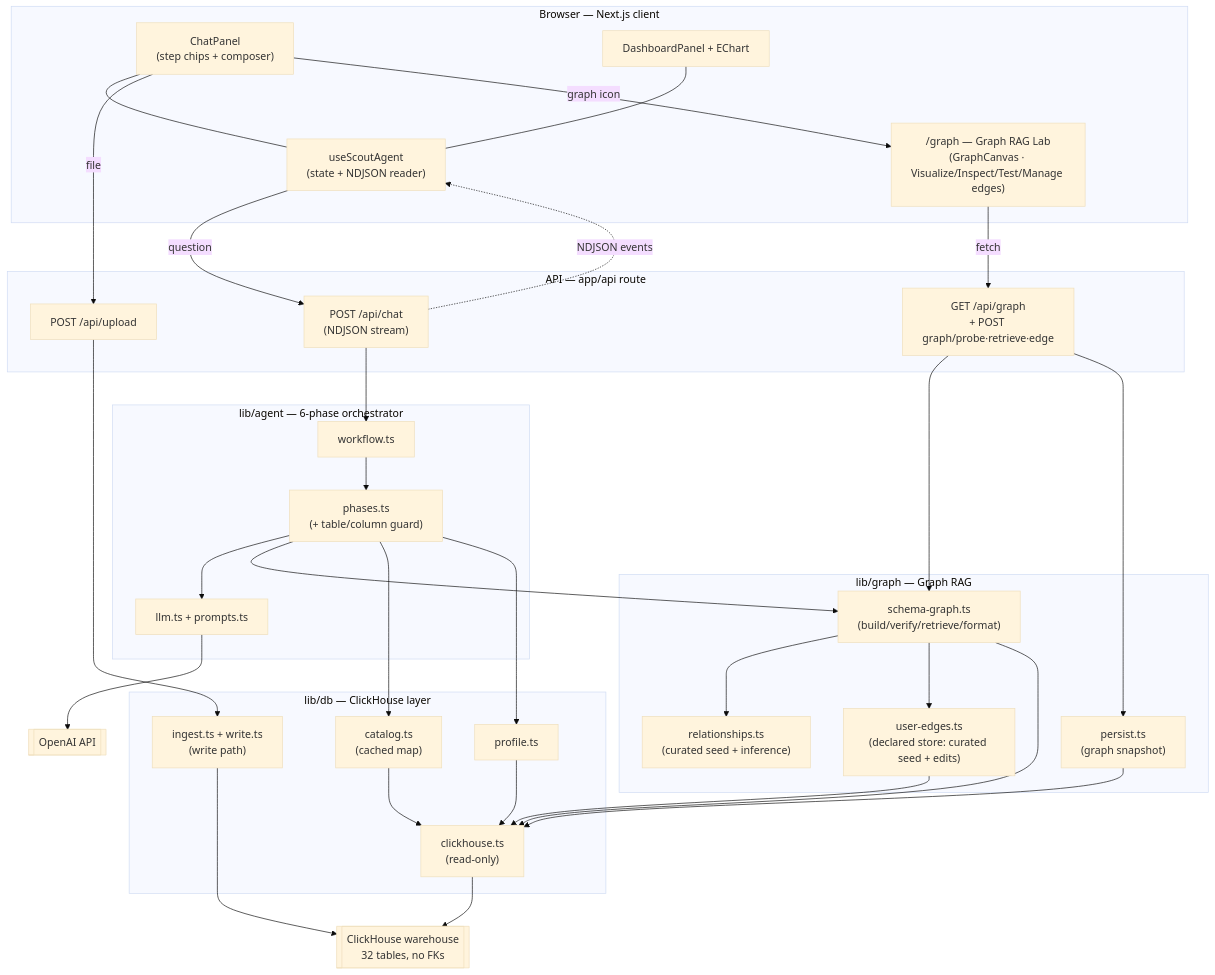
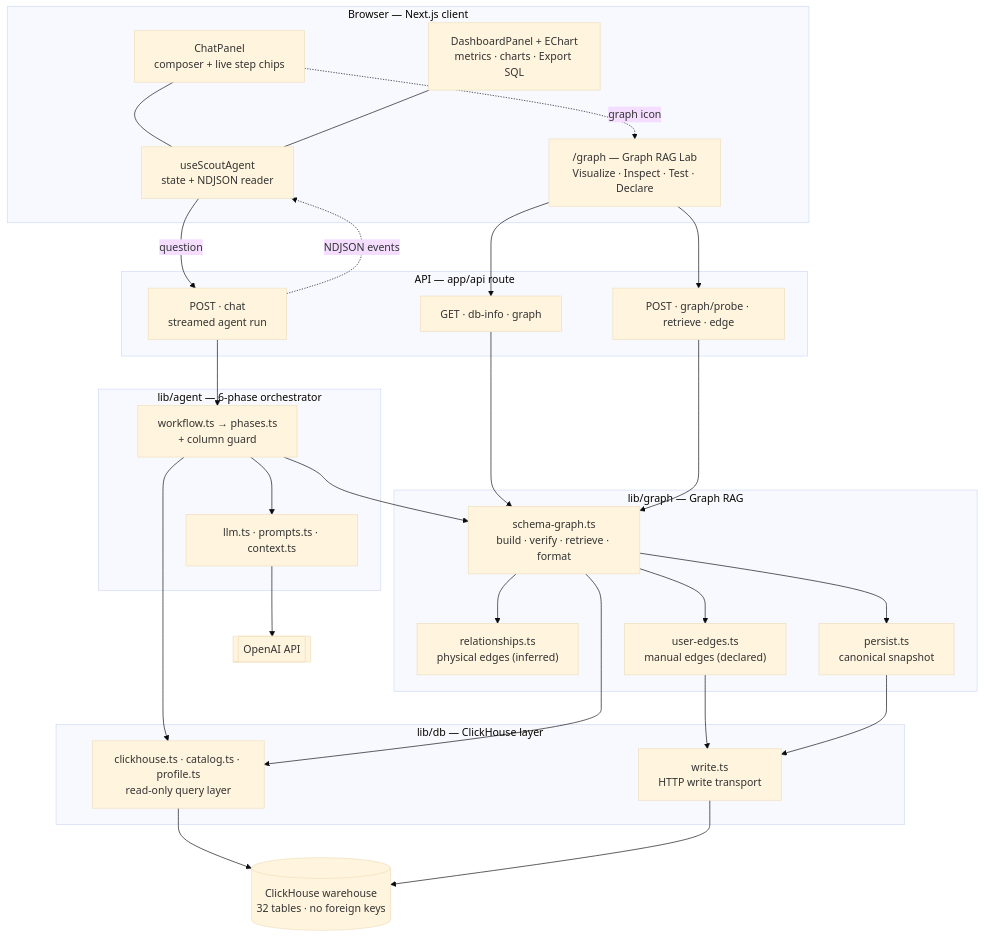
Before and after one commit to Arav-Arun/Scout: the first of 3 diagrams in README.md, drawn with Mermaid (base theme). The commit also changed other lines of this file and 21 other files, not shown here.

Commit message:
add persistence, only rebuild on edits or removals of relations. Remove the upload option

````diff
--- a/README.md
+++ b/README.md
@@ -25,59 +51,58 @@
 ```mermaid
 flowchart TB
   subgraph UI["Browser — Next.js client"]
-    HOOK["useScoutAgent<br/>(state + NDJSON reader)"]
-    CHAT["ChatPanel<br/>(step chips + composer)"]
-    DASH["DashboardPanel + EChart"]
-    GLAB["/graph — Graph RAG Lab<br/>(GraphCanvas · Visualize/Inspect/Test/Manage edges)"]
+    HOOK["useScoutAgent<br/>state + NDJSON reader"]
+    CHAT["ChatPanel<br/>composer + live step chips"]
+    DASH["DashboardPanel + EChart<br/>metrics · charts · Export SQL"]
+    LAB["/graph — Graph RAG Lab<br/>Visualize · Inspect · Test · Declare"]
   end
 
   subgraph API["API — app/api route"]
-    CHATAPI["POST /api/chat<br/>(NDJSON stream)"]
-    UPAPI["POST /api/upload"]
-    GRAPHAPI["GET /api/graph<br/>+ POST graph/probe·retrieve·edge"]
+    GET["GET · db-info · graph"]
+    CHATAPI["POST · chat<br/>streamed agent run"]
+    EDGEAPI["POST · graph/probe · retrieve · edge"]
   end
 
   subgraph AGENT["lib/agent — 6-phase orchestrator"]
-    WF["workflow.ts"]
-    PH["phases.ts<br/>(+ table/column guard)"]
-    LLM["llm.ts + prompts.ts"]
+    WF["workflow.ts → phases.ts<br/>+ column guard"]
+    LLM["llm.ts · prompts.ts · context.ts"]
   end
 
   subgraph GRAPH["lib/graph — Graph RAG"]
-    REL["relationships.ts<br/>(curated seed + inference)"]
-    UE["user-edges.ts<br/>(declared store: curated seed + edits)"]
-    SG["schema-graph.ts<br/>(build/verify/retrieve/format)"]
-    PERSIST["persist.ts<br/>(graph snapshot)"]
+    SG["schema-graph.ts<br/>build · verify · retrieve · format"]
+    REL["relationships.ts<br/>physical edges (inferred)"]
+    UE["user-edges.ts<br/>manual edges (declared)"]
+    PERSIST["persist.ts<br/>canonical snapshot"]
   end
 
   subgraph DB["lib/db — ClickHouse layer"]
-    CH["clickhouse.ts<br/>(read-only)"]
-    CAT["catalog.ts<br/>(cached map)"]
-    PROF["profile.ts"]
-    ING["ingest.ts + write.ts<br/>(write path)"]
+    CH["clickhouse.ts · catalog.ts · profile.ts<br/>read-only query layer"]
+    WRITE["write.ts<br/>HTTP write transport"]
   end
 
   OPENAI[["OpenAI API"]]
-  CLICK[["ClickHouse warehouse<br/>32 tables, no FKs"]]
+  WARE[("ClickHouse warehouse<br/>32 tables · no foreign keys")]
 
   CHAT --- HOOK
   DASH --- HOOK
   HOOK -->|question| CHATAPI
-  CHAT -->|file| UPAPI
-  CHAT -->|graph icon| GLAB
-  GLAB -->|fetch| GRAPHAPI
+  CHAT -. graph icon .-> LAB
+  LAB --> GET
+  LAB --> EDGEAPI
 
-  CHATAPI --> WF --> PH
-  PH --> LLM --> OPENAI
-  PH --> SG --> REL
-  SG --> UE --> CH
-  PH --> CAT
-  PH --> PROF
-  CAT --> CH
-  PROF --> CH
-  SG --> CH --> CLICK
-  GRAPHAPI --> SG
-  GRAPHAPI --> PERSIST --> CH
-  UPAPI --> ING --> CLICK
-  CHATAPI -.->|NDJSON events| HOOK
+  CHATAPI --> WF
+  WF --> LLM --> OPENAI
+  WF --> SG
+  GET --> SG
+  EDGEAPI --> SG
+  SG --> REL
+  SG --> UE
+  SG --> PERSIST
+  WF --> CH
+  SG --> CH
+  UE --> WRITE
+  PERSIST --> WRITE
+  CH --> WARE
+  WRITE --> WARE
+  CHATAPI -. NDJSON events .-> HOOK
 ```
````
